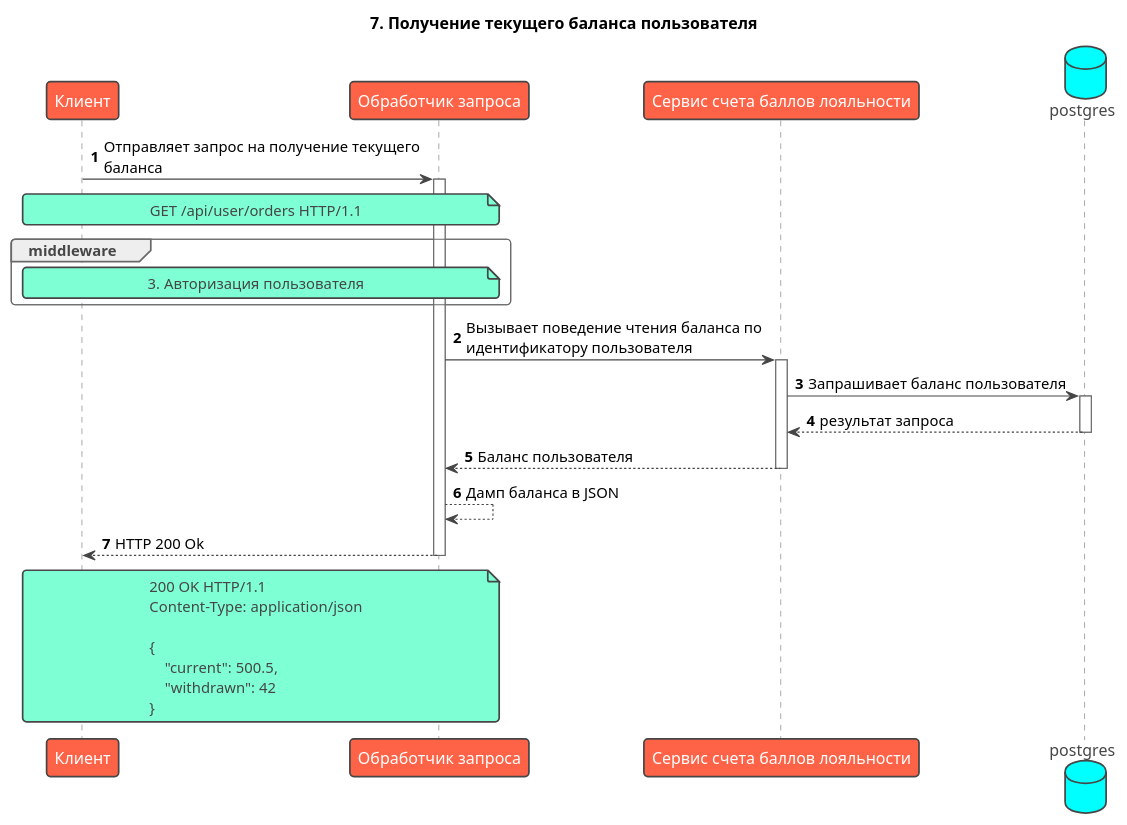
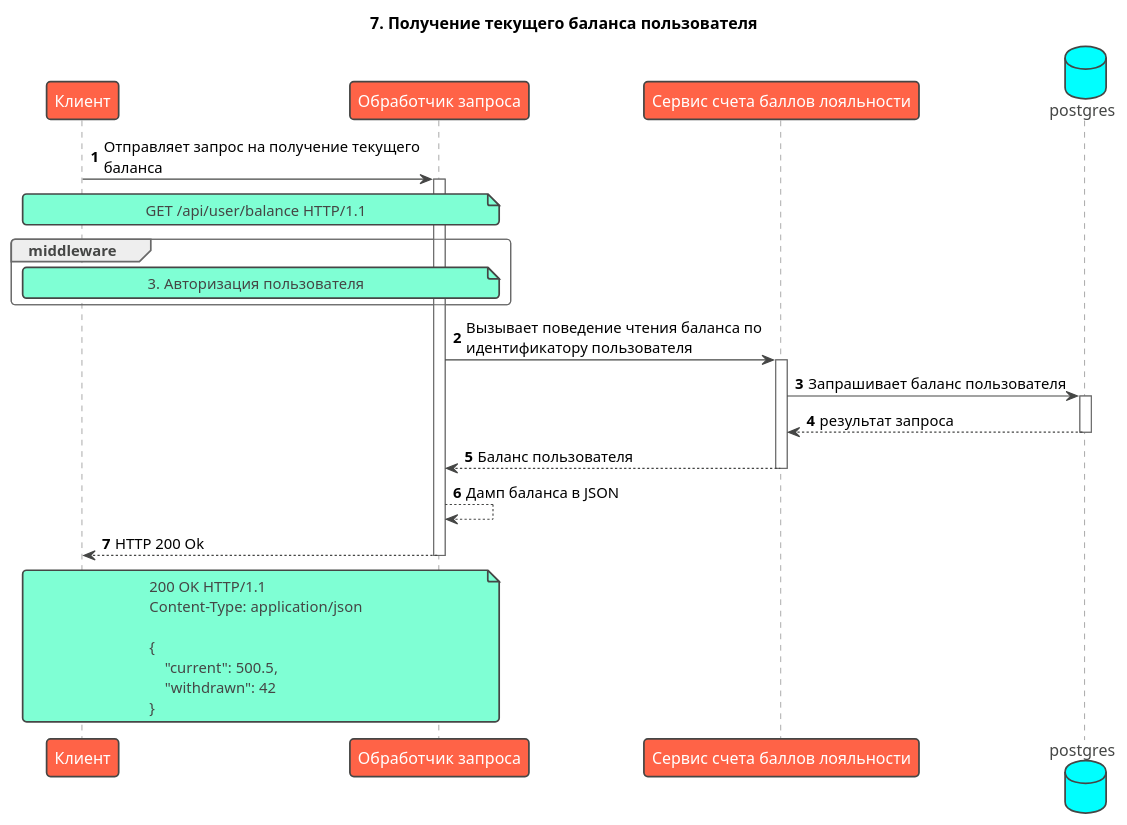
Before and after one commit to Nickolasll/gomart: the diagram in docs/c4/4_code/7_get_balance.puml, drawn with PlantUML. The commit also changed 25 other files, not shown here.

```diff
--- a/docs/c4/4_code/7_get_balance.puml
+++ b/docs/c4/4_code/7_get_balance.puml
@@ -1,36 +1,36 @@
 @startuml
 !theme vibrant
 title: 7. Получение текущего баланса пользователя
 skinparam maxMessageSize 300
 autonumber
 
 participant "Клиент" as client
 participant "Обработчик запроса" as handler
 participant "Сервис счета баллов лояльности" as balance
 database "postgres" as db
 
 client -> handler ++ : Отправляет запрос на получение текущего баланса
 note over client, handler
-    GET /api/user/orders HTTP/1.1
+    GET /api/user/balance HTTP/1.1
 end note
 
 group middleware
 note over client, handler: 3. Авторизация пользователя
 end group
 
 handler -> balance ++ : Вызывает поведение чтения баланса по идентификатору пользователя
 balance -> db ++ : Запрашивает баланс пользователя
 return результат запроса
 return Баланс пользователя
 handler --> handler: Дамп баланса в JSON
 return HTTP 200 Ok
 note over client, handler
     200 OK HTTP/1.1
     Content-Type: application/json
 
     {
         "current": 500.5,
         "withdrawn": 42
     }
 end note
 @enduml
```
